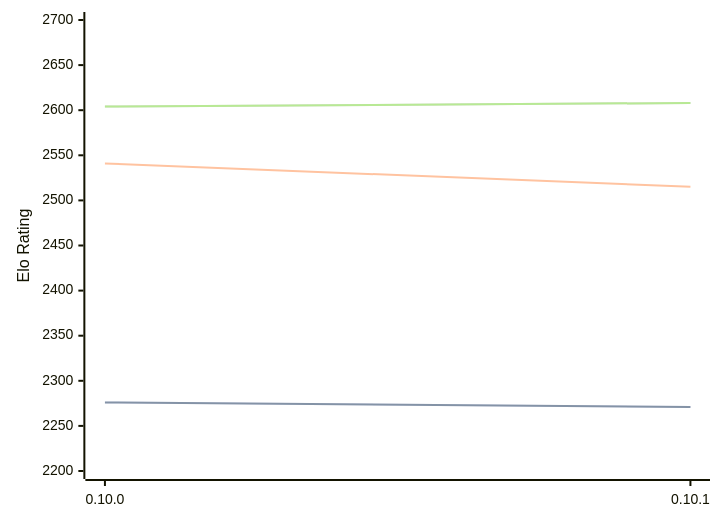
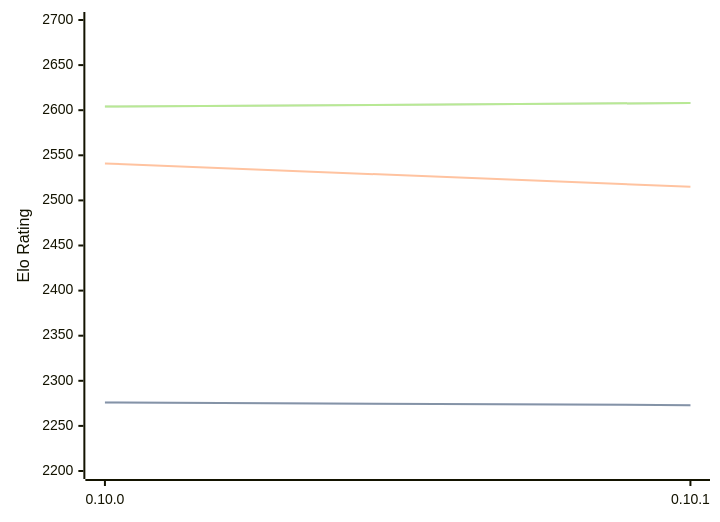
Before and after one commit to computer-chess-index/cci: the diagram in engines/Fatalii.md, drawn with Mermaid. The commit also changed other lines of this file, not shown here.

````diff
--- a/engines/Fatalii.md
+++ b/engines/Fatalii.md
@@ -32,11 +32,11 @@
 ```mermaid
 %%{init: {"theme":"base","themeVariables":{"seriesColors:['#a3a3a3','#222221','#faa371']}}}%%
 xychart-beta
   x-axis ["0.10.0", "0.10.1"]
   y-axis "Elo Rating" 2200 --> 2700
-  line "" [2276, 2271]
-  line "STC (8.0+0.08s)" [2276, 2271]
+  line "" [2276, 2273]
+  line "STC (8.0+0.08s)" [2276, 2273]
   line "LTC (60.0+0.60s)" [2541, 2515]
   line "" [2604, 2608]
   line "VLTC (2m24s+1.12s)" [2604, 2608]
 ```
````
